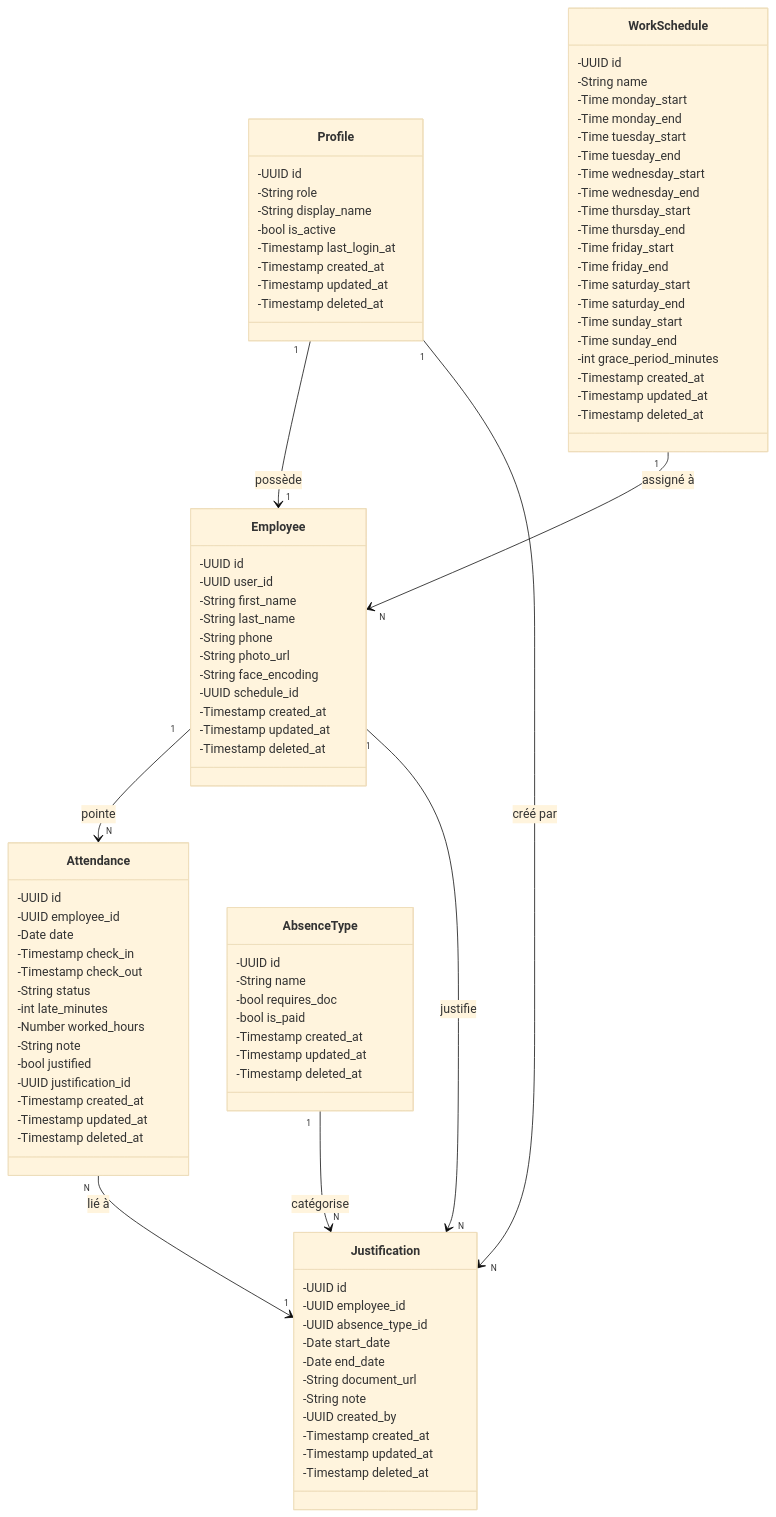
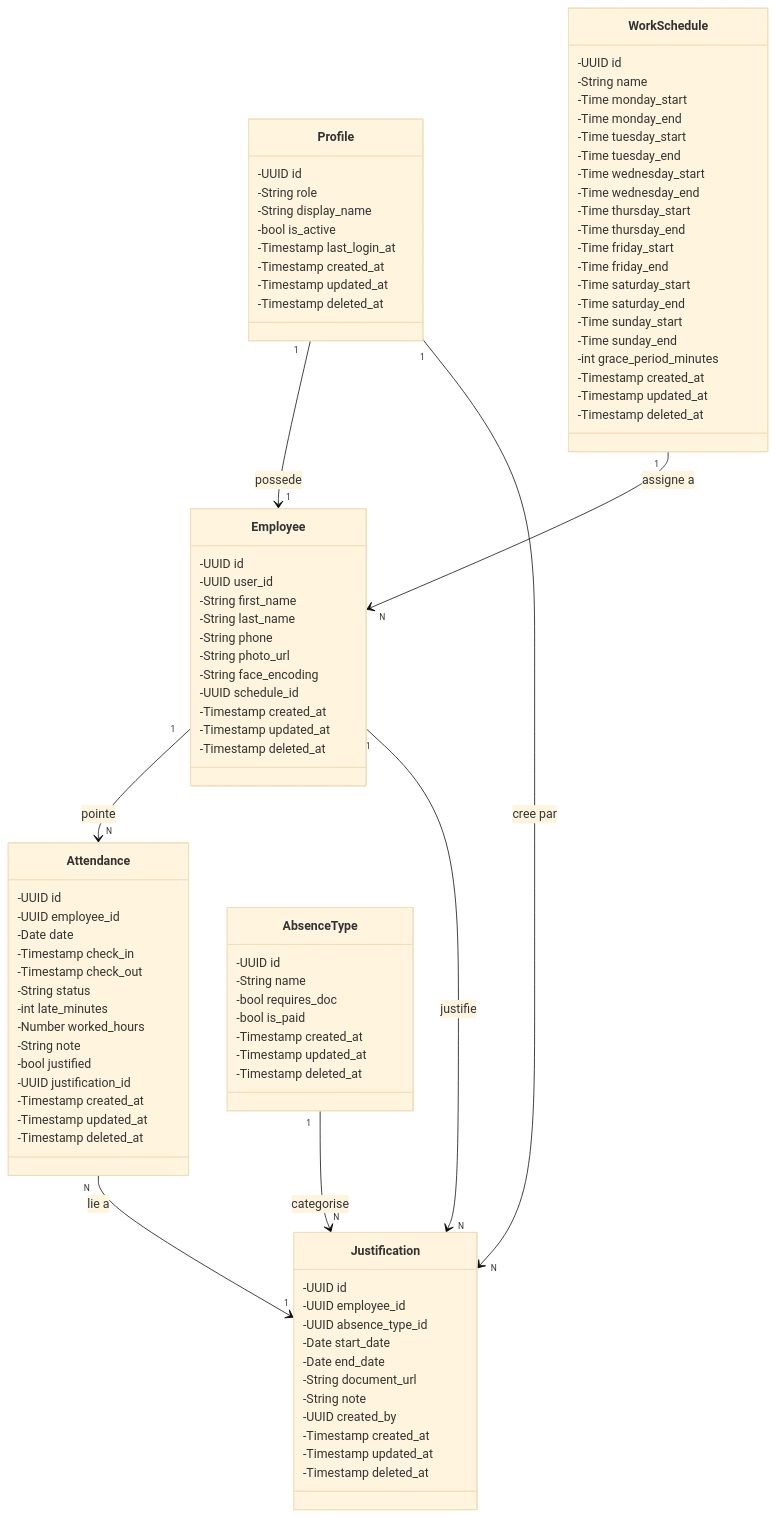
Before and after one commit to Abdurrahmane06/face-attendance-system: the first of 2 diagrams in data_base/structure-bd.md, drawn with Mermaid (base theme). The commit also changed other lines of this file, not shown here.

Commit message:
version final

````diff
--- a/data_base/structure-bd.md
+++ b/data_base/structure-bd.md
@@ -262,11 +262,11 @@
         -Timestamp deleted_at
     }
 
-    Profile "1" --> "1" Employee : possède
-    WorkSchedule "1" --> "N" Employee : assigné à
+    Profile "1" --> "1" Employee : possede
+    WorkSchedule "1" --> "N" Employee : assigne a
     Employee "1" --> "N" Attendance : pointe
     Employee "1" --> "N" Justification : justifie
-    AbsenceType "1" --> "N" Justification : catégorise
-    Profile "1" --> "N" Justification : créé par
-    Attendance "N" --> "1" Justification : lié à
+    AbsenceType "1" --> "N" Justification : categorise
+    Profile "1" --> "N" Justification : cree par
+    Attendance "N" --> "1" Justification : lie a
 ```
````
